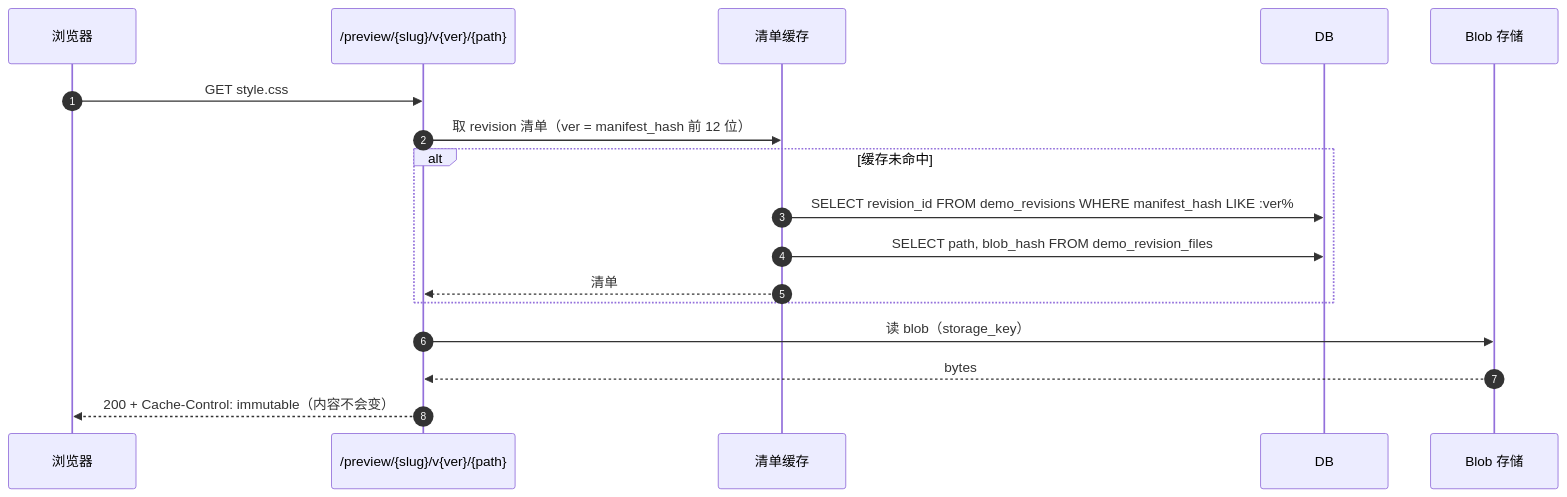
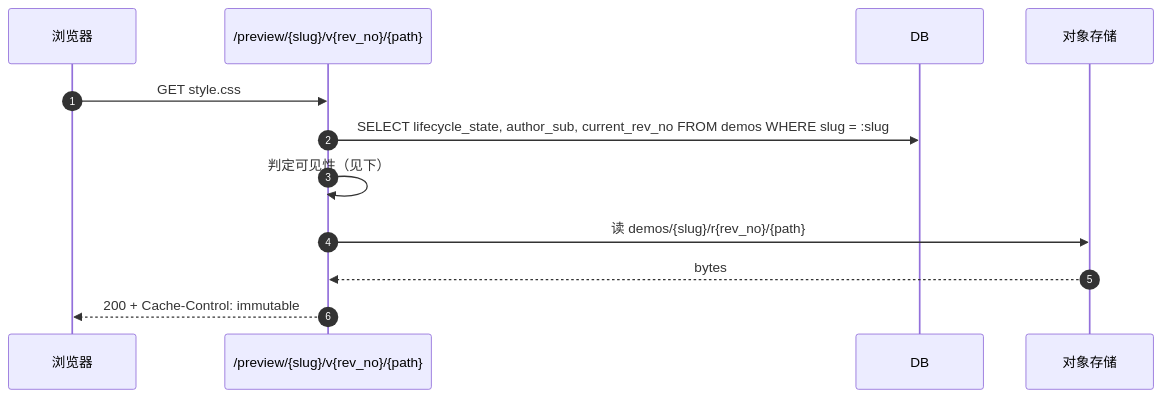
One commit to deepdemos/ds-demos-showcase changed diagram 14 of 16 in docs/Demo域设计.md. Above: the diagram before and after it, drawn with Mermaid. The commit also changed other lines of this file and 10 other files, not shown here.

````diff
--- a/docs/Demo域设计.md
+++ b/docs/Demo域设计.md
@@ -927,20 +927,15 @@
 ```mermaid
 sequenceDiagram
     autonumber
     participant B as 浏览器
-    participant P as /preview/{slug}/v{ver}/{path}
-    participant Cache as 清单缓存
+    participant P as /preview/{slug}/v{rev_no}/{path}
     participant DB as DB
-    participant S as Blob 存储
+    participant S as 对象存储
 
     B->>P: GET style.css
-    P->>Cache: 取 revision 清单（ver = manifest_hash 前 12 位）
-    alt 缓存未命中
-        Cache->>DB: SELECT revision_id FROM demo_revisions WHERE manifest_hash LIKE :ver%
-        Cache->>DB: SELECT path, blob_hash FROM demo_revision_files
-        Cache-->>P: 清单
-    end
-    P->>S: 读 blob（storage_key）
+    P->>DB: SELECT lifecycle_state, author_sub, current_rev_no FROM demos WHERE slug = :slug
+    P->>P: 判定可见性（见下）
+    P->>S: 读 demos/{slug}/r{rev_no}/{path}
     S-->>P: bytes
-    P-->>B: 200 + Cache-Control: immutable（内容不会变）
+    P-->>B: 200 + Cache-Control: immutable
 ```
````
